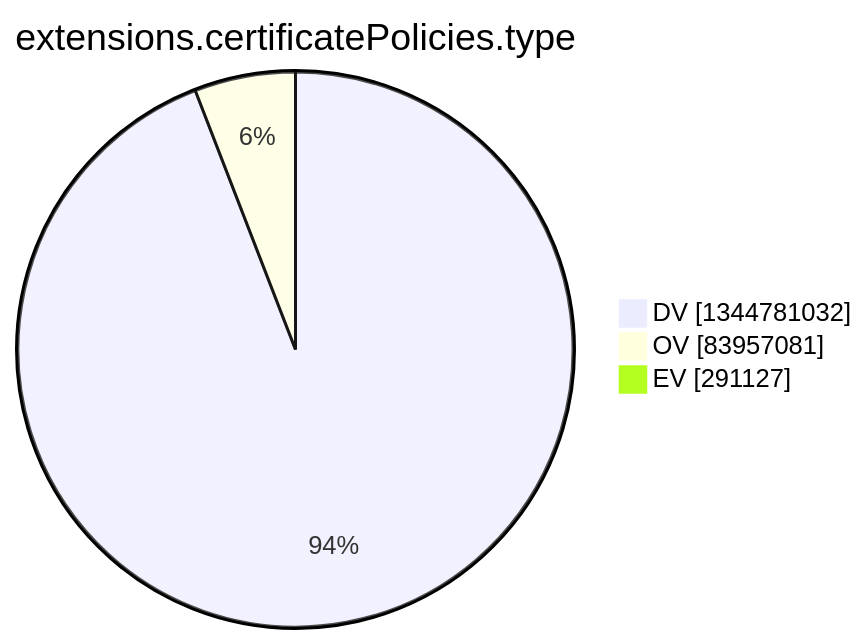
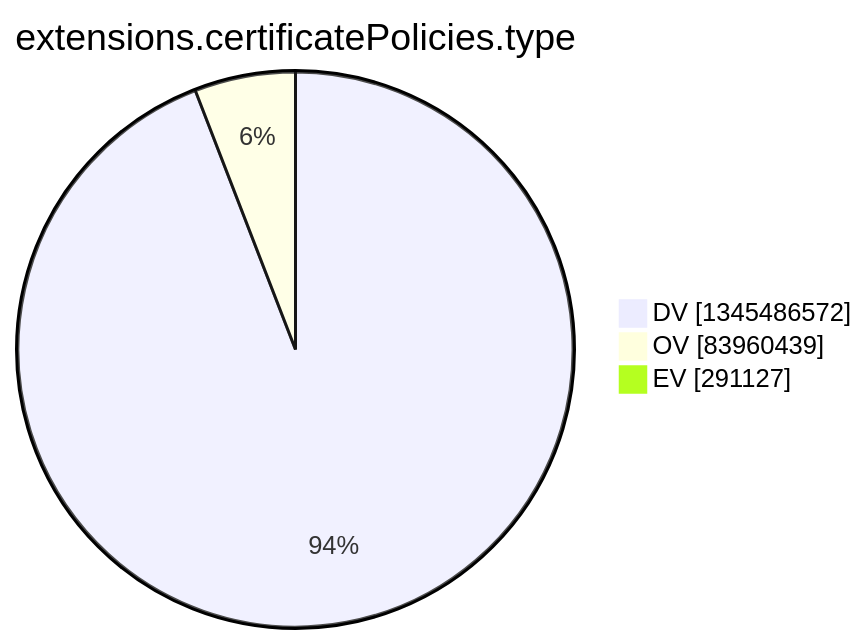
One commit to christiankrug/ctmonitor_visualization changed the tenth of 15 diagrams in argon2022/README.md. Above: the diagram before and after it, drawn with Mermaid. The commit also changed other lines of this file, not shown here.

````diff
--- a/argon2022/README.md
+++ b/argon2022/README.md
@@ -2773,7 +2773,7 @@
 ```mermaid
 pie showData
 title extensions.certificatePolicies.type
-"DV" :1344781032
-"OV" :83957081
+"DV" :1345486572
+"OV" :83960439
 "EV" :291127
 ```
````
